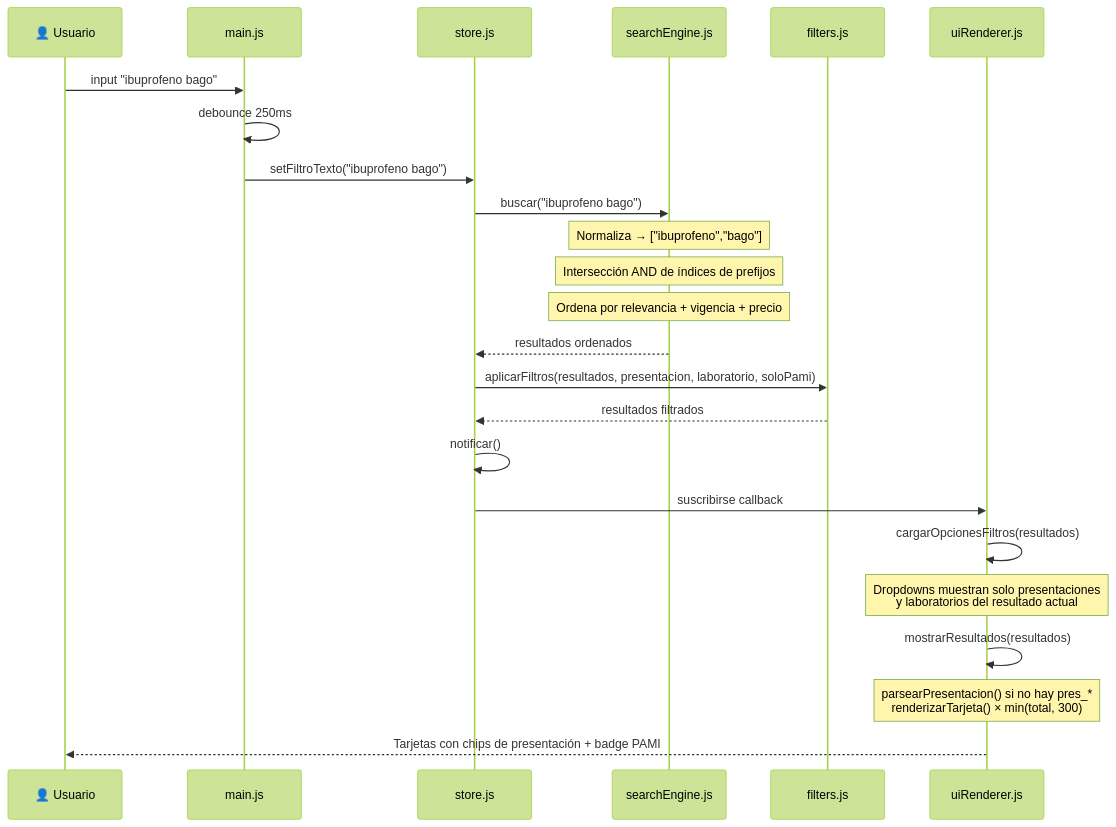
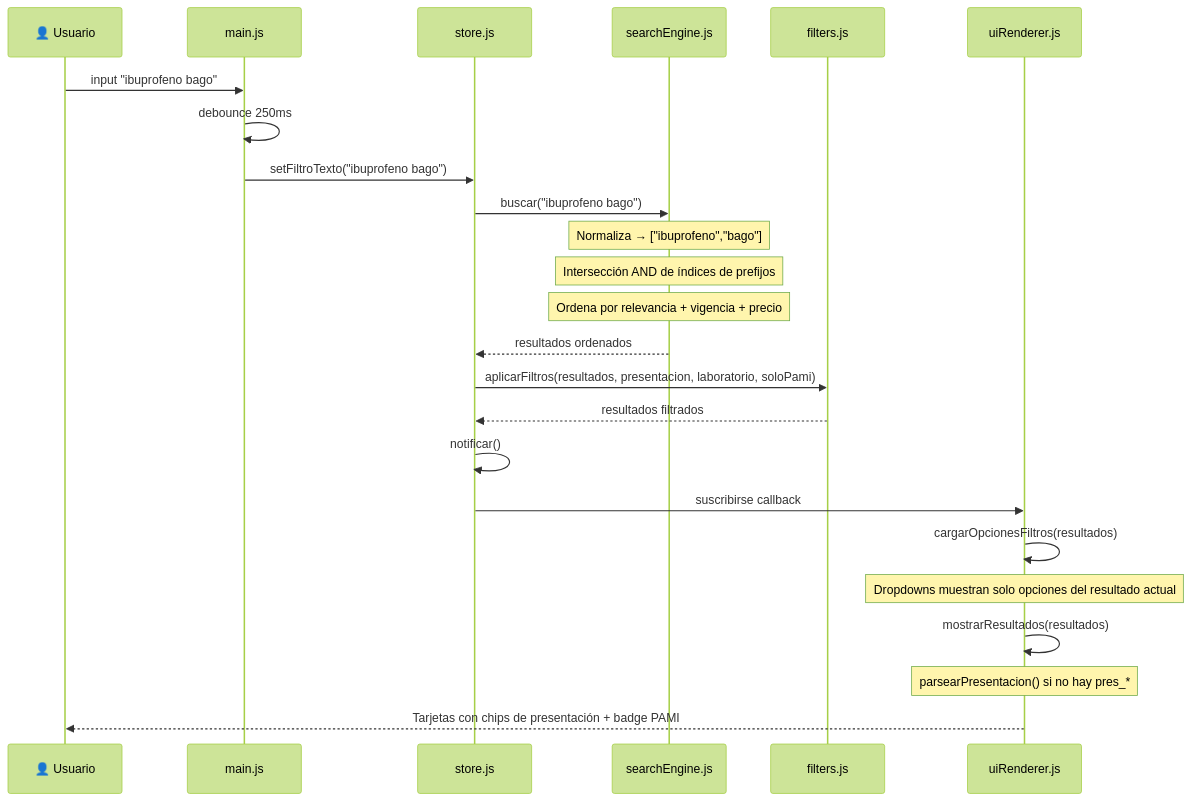
The seventh of 9 diagrams in README.md (psbella/remediar), drawn with Mermaid (forest theme) before and after one commit. The commit also changed other lines of this file, not shown here.

````diff
--- a/README.md
+++ b/README.md
@@ -1010,31 +939,31 @@
 ```mermaid
 sequenceDiagram
     participant U as 👤 Usuario
     participant M as main.js
     participant S as store.js
     participant SE as searchEngine.js
     participant F as filters.js
     participant R as uiRenderer.js
 
     U->>M: input "ibuprofeno bago"
     M->>M: debounce 250ms
     M->>S: setFiltroTexto("ibuprofeno bago")
 
     S->>SE: buscar("ibuprofeno bago")
     Note over SE: Normaliza → ["ibuprofeno","bago"]
     Note over SE: Intersección AND de índices de prefijos
     Note over SE: Ordena por relevancia + vigencia + precio
     SE-->>S: resultados ordenados
 
     S->>F: aplicarFiltros(resultados, presentacion, laboratorio, soloPami)
     F-->>S: resultados filtrados
 
     S->>S: notificar()
     S->>R: suscribirse callback
 
     R->>R: cargarOpcionesFiltros(resultados)
-    Note over R: Dropdowns muestran solo presentaciones<br/>y laboratorios del resultado actual
+    Note over R: Dropdowns muestran solo opciones del resultado actual
     R->>R: mostrarResultados(resultados)
-    Note over R: parsearPresentacion() si no hay pres_*<br/>renderizarTarjeta() × min(total, 300)
+    Note over R: parsearPresentacion() si no hay pres_*
     R-->>U: Tarjetas con chips de presentación + badge PAMI
 ```
````
